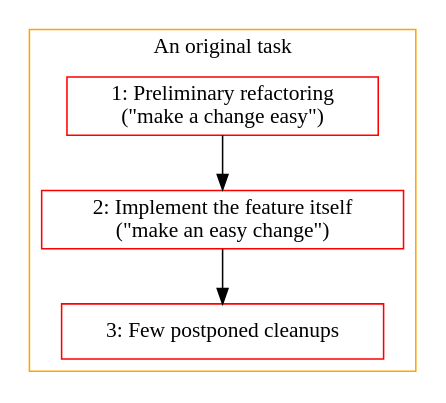
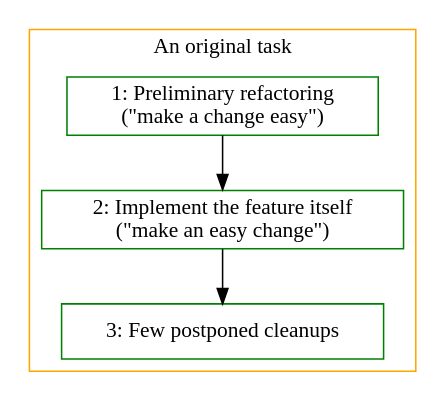
Before and after one commit to ahitrin/ahitrin.github.com: the diagram in src/list-vs-fractals/1.dot, drawn with Graphviz. The commit also changed 14 other files, not shown here.

```diff
--- a/src/list-vs-fractals/1.dot
+++ b/src/list-vs-fractals/1.dot
@@ -1,15 +1,15 @@
 digraph g {
 node [shape=box];
 edge [color=black];
 subgraph cluster_0 {
     color=orange;
     label = "An original task";
 2 [label="1: Preliminary refactoring
-(&quot;make a change easy&quot;)", color=red];
+(&quot;make a change easy&quot;)", color=green];
 3 [label="2: Implement the feature itself
-(&quot;make an easy change&quot;)", color=red];
-4 [label="3: Few postponed cleanups", color=red];
+(&quot;make an easy change&quot;)", color=green];
+4 [label="3: Few postponed cleanups", color=green];
 2 -> 3;
 3 -> 4;
 }
 }
```
